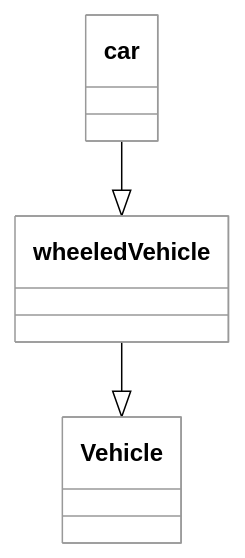
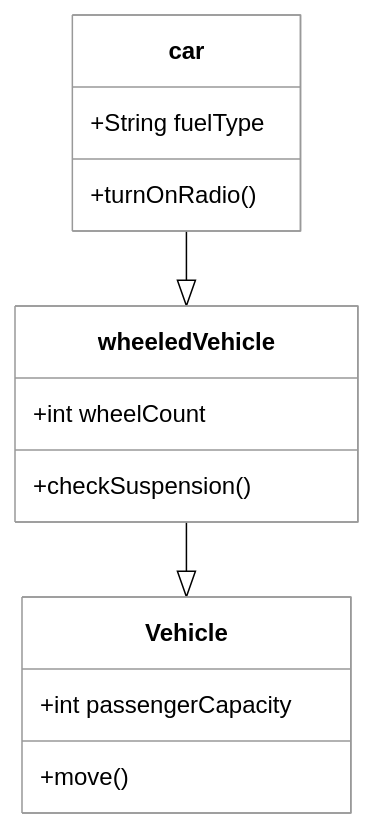
One commit to byucsstudent/cs240v2 changed the fifth of 8 diagrams in instruction/design-principles/design-principles.md. Above: the diagram before and after it, drawn with Mermaid. The commit also changed other lines of this file, not shown here.

````diff
--- a/instruction/design-principles/design-principles.md
+++ b/instruction/design-principles/design-principles.md
@@ -193,6 +203,18 @@
 ```mermaid
 %%{init: { 'theme': 'neutral', 'themeVariables': { 'mainBkg': '#ffffff', 'lineColor': '#000000', 'primaryTextColor': '#000000', 'actorBorder': '#000000', 'participantBorder': '#000000', 'noteBorderColor': '#000000' } }}%%
 classDiagram
+    class Vehicle {
+        +int passengerCapacity
+        +move()
+    }
+    class wheeledVehicle {
+        +int wheelCount
+        +checkSuspension()
+    }
+    class car {
+        +String fuelType
+        +turnOnRadio()
+    }
     car --|> wheeledVehicle
     wheeledVehicle --|> Vehicle
 ```
````
